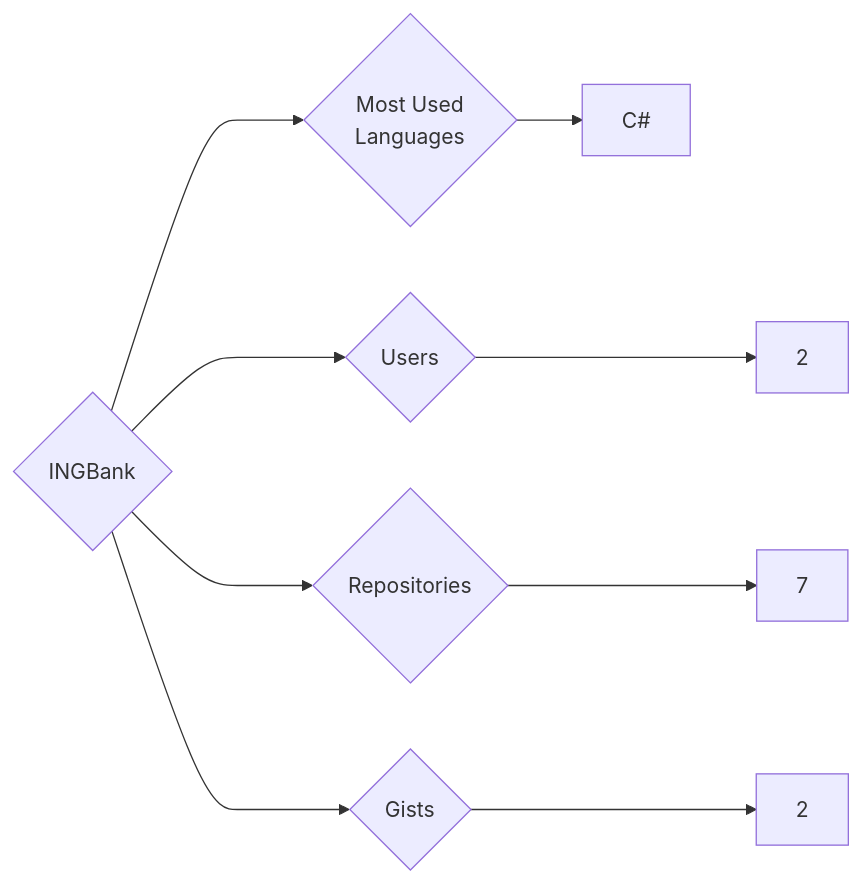
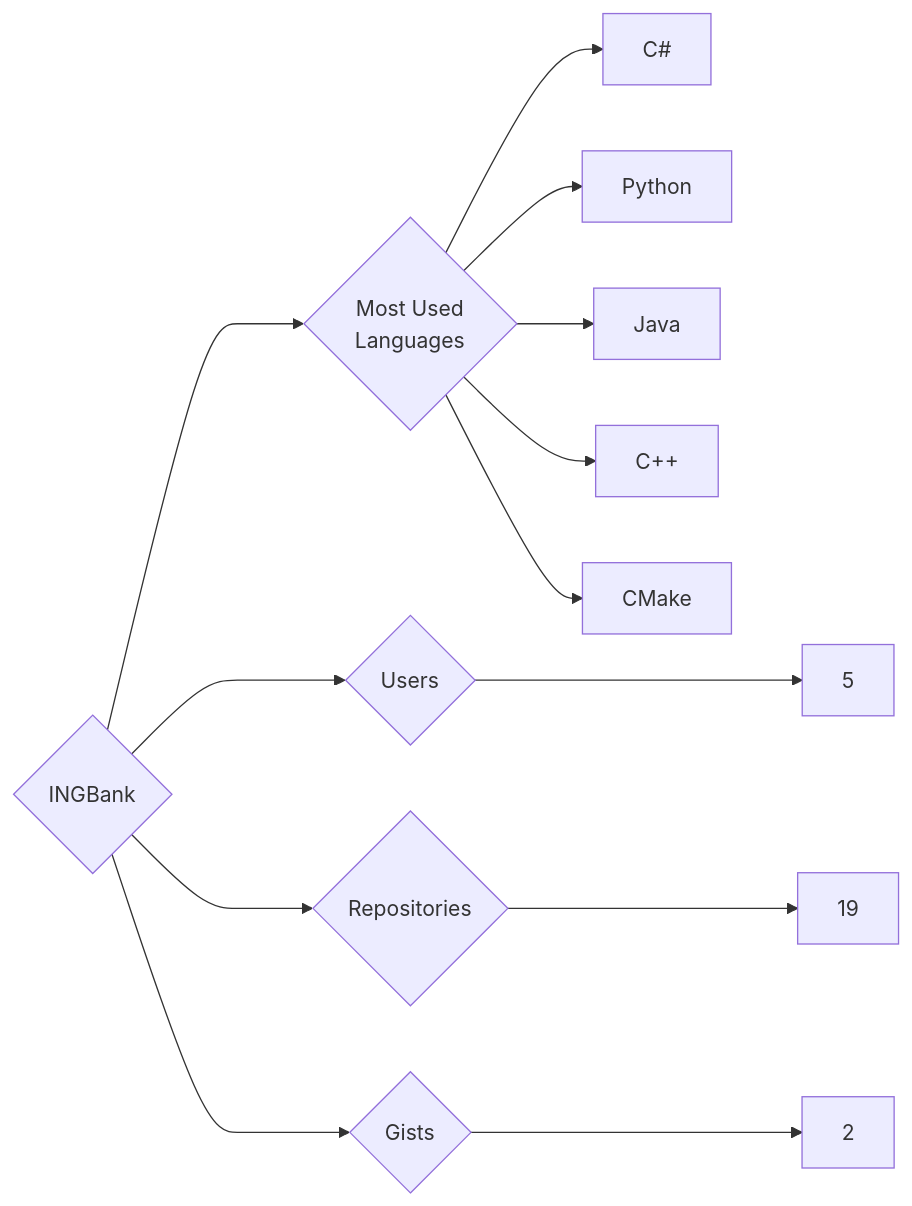
The diagram in targets/INGBank/README.md (trickest/insiders), drawn with Mermaid before and after one commit. The commit also changed 1120 other files, not shown here.

````diff
--- a/targets/INGBank/README.md
+++ b/targets/INGBank/README.md
@@ -3,9 +3,13 @@
 ```mermaid
 graph LR
 COMPANY_NAME{INGBank}
-COMPANY_NAME ---> U{Users} ---> UN[2]
-COMPANY_NAME ---> R{Repositories} ---> RN[7]
+COMPANY_NAME ---> U{Users} ---> UN[5]
+COMPANY_NAME ---> R{Repositories} ---> RN[19]
 COMPANY_NAME ---> G{Gists} ---> GN[2]
 COMPANY_NAME ---> ML{Most Used<br>Languages}
 ML --> C#[C#]
+ML --> Python[Python]
+ML --> Java[Java]
+ML --> C++[C++]
+ML --> CMake[CMake]
 ```
````
